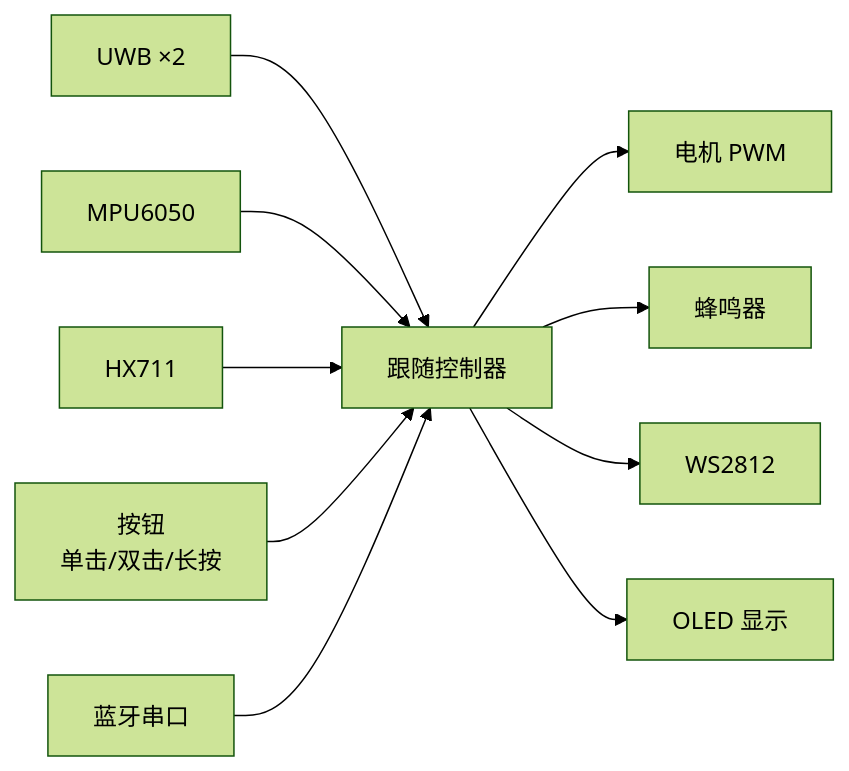
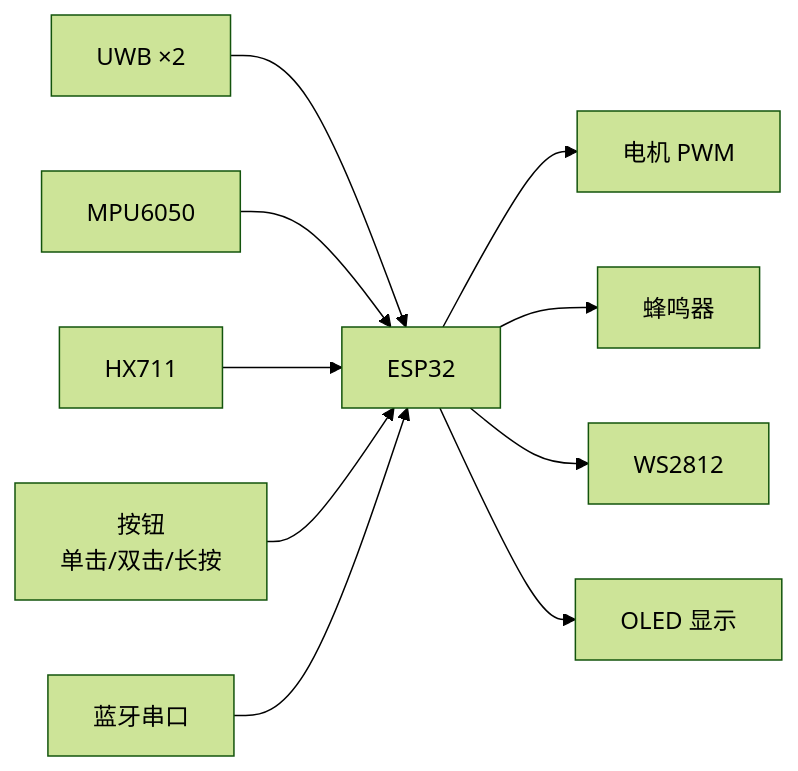
Before and after one commit to weizunwhite/oneup_sc_liushijun: the first of 2 diagrams in 系统架构图.md, drawn with Mermaid (forest theme).

````diff
--- a/系统架构图.md
+++ b/系统架构图.md
@@ -7,14 +7,14 @@
 ```mermaid
 flowchart LR
-    UWB[UWB ×2] --> CTRL[跟随控制器]
+    UWB[UWB ×2] --> CTRL[ESP32]
     IMU[MPU6050] --> CTRL
     SCALE[HX711] --> CTRL
     BTN[按钮
 单击/双击/长按] --> CTRL
     BT[蓝牙串口] --> CTRL
 
     CTRL --> MOTOR[电机 PWM]
     CTRL --> BUZZER[蜂鸣器]
     CTRL --> LED[WS2812]
     CTRL --> OLED[OLED 显示]
 ```
````
